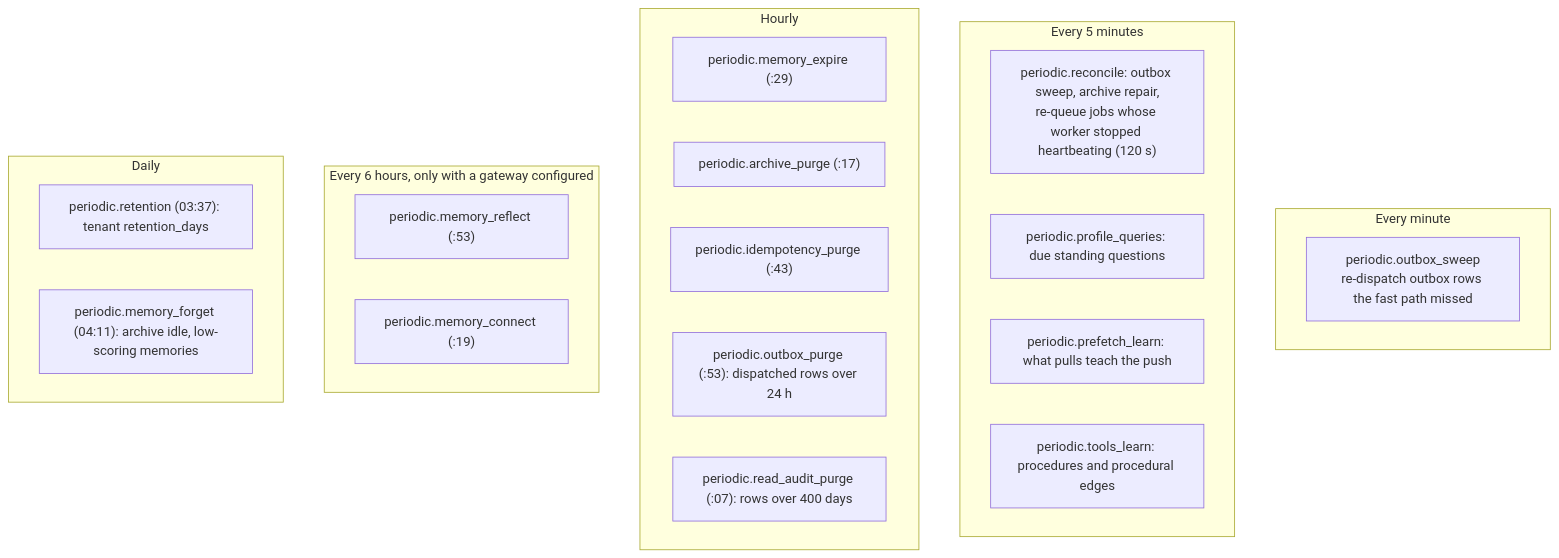
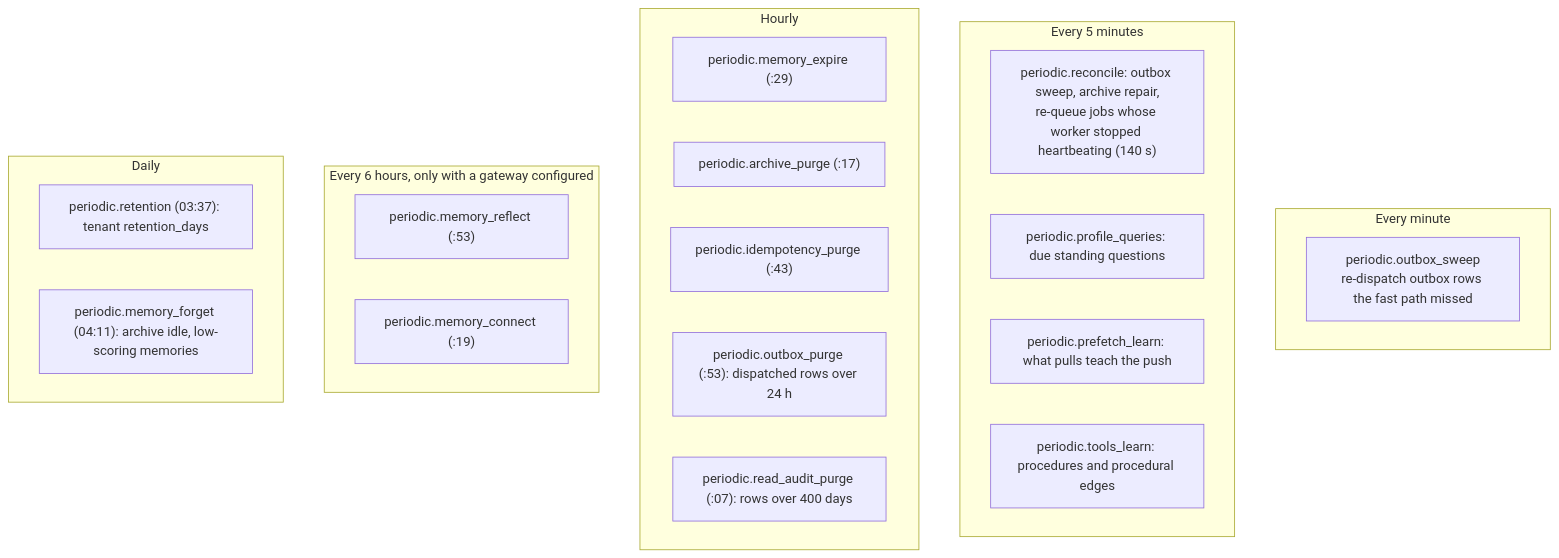
The second of 2 diagrams in docs/guide/11-operations.md (amitmohapatra/agent-memory-service), drawn with Mermaid before and after one commit. The commit also changed other lines of this file and 12 other files, not shown here.

````diff
--- a/docs/guide/11-operations.md
+++ b/docs/guide/11-operations.md
@@ -185,27 +186,27 @@
 ```mermaid
 flowchart TB
   subgraph minute[Every minute]
     OS["periodic.outbox_sweep<br/>re-dispatch outbox rows the fast path missed"]
   end
   subgraph five[Every 5 minutes]
-    RC["periodic.reconcile: outbox sweep, archive repair,<br/>re-queue jobs whose worker stopped heartbeating (120 s)"]
+    RC["periodic.reconcile: outbox sweep, archive repair,<br/>re-queue jobs whose worker stopped heartbeating (140 s)"]
     PQ["periodic.profile_queries: due standing questions"]
     PL["periodic.prefetch_learn: what pulls teach the push"]
     TL["periodic.tools_learn: procedures and procedural edges"]
   end
   subgraph hourly[Hourly]
     EX["periodic.memory_expire (:29)"]
     AP["periodic.archive_purge (:17)"]
     IP["periodic.idempotency_purge (:43)"]
     OP["periodic.outbox_purge (:53): dispatched rows over 24 h"]
     RA["periodic.read_audit_purge (:07): rows over 400 days"]
   end
   subgraph six[Every 6 hours, only with a gateway configured]
     RF["periodic.memory_reflect (:53)"]
     CN["periodic.memory_connect (:19)"]
   end
   subgraph daily[Daily]
     RT["periodic.retention (03:37): tenant retention_days"]
     FG["periodic.memory_forget (04:11): archive idle, low-scoring memories"]
   end
 ```
````
